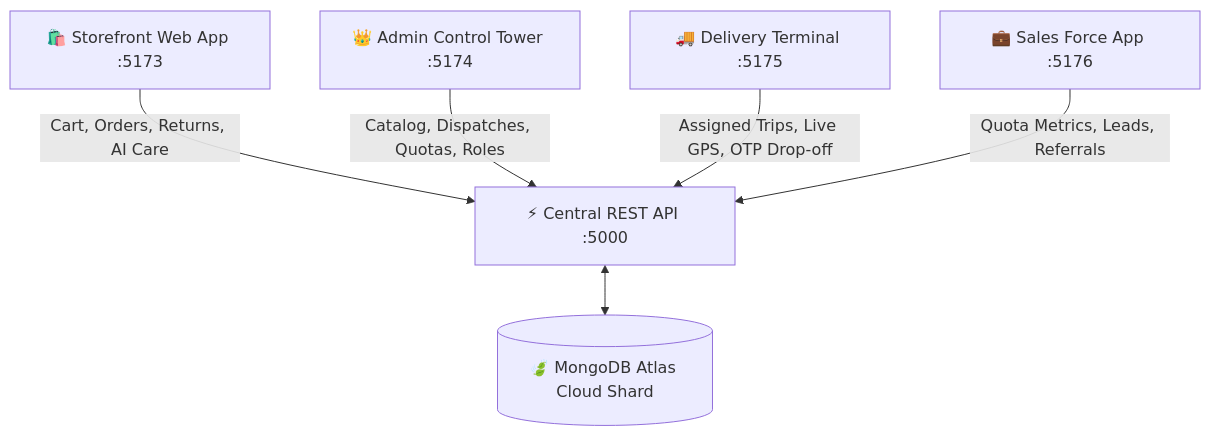
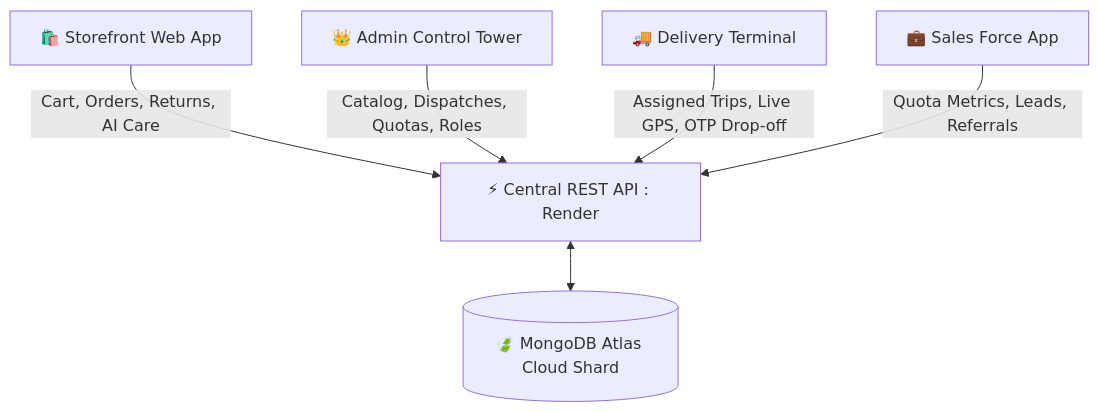
One commit to Mohammedsajadvt/EasyMart changed the diagram in README.md. Above: the diagram before and after it, drawn with Mermaid. The commit also changed other lines of this file, not shown here.

Commit message:
docs: add exact live Vercel portal URLs and access guide

````diff
--- a/README.md
+++ b/README.md
@@ -26,8 +26,8 @@
 ```mermaid
 graph TD
-    A[🛍️ Storefront Web App :5173] -->|Cart, Orders, Returns, AI Care| API[⚡ Central REST API :5000]
-    B[👑 Admin Control Tower :5174] -->|Catalog, Dispatches, Quotas, Roles| API
-    C[🚚 Delivery Terminal :5175] -->|Assigned Trips, Live GPS, OTP Drop-off| API
-    D[💼 Sales Force App :5176] -->|Quota Metrics, Leads, Referrals| API
+    A[🛍️ Storefront Web App] -->|Cart, Orders, Returns, AI Care| API[⚡ Central REST API : Render]
+    B[👑 Admin Control Tower] -->|Catalog, Dispatches, Quotas, Roles| API
+    C[🚚 Delivery Terminal] -->|Assigned Trips, Live GPS, OTP Drop-off| API
+    D[💼 Sales Force App] -->|Quota Metrics, Leads, Referrals| API
     API <--> DB[(🍃 MongoDB Atlas Cloud Shard)]
 ```
````
